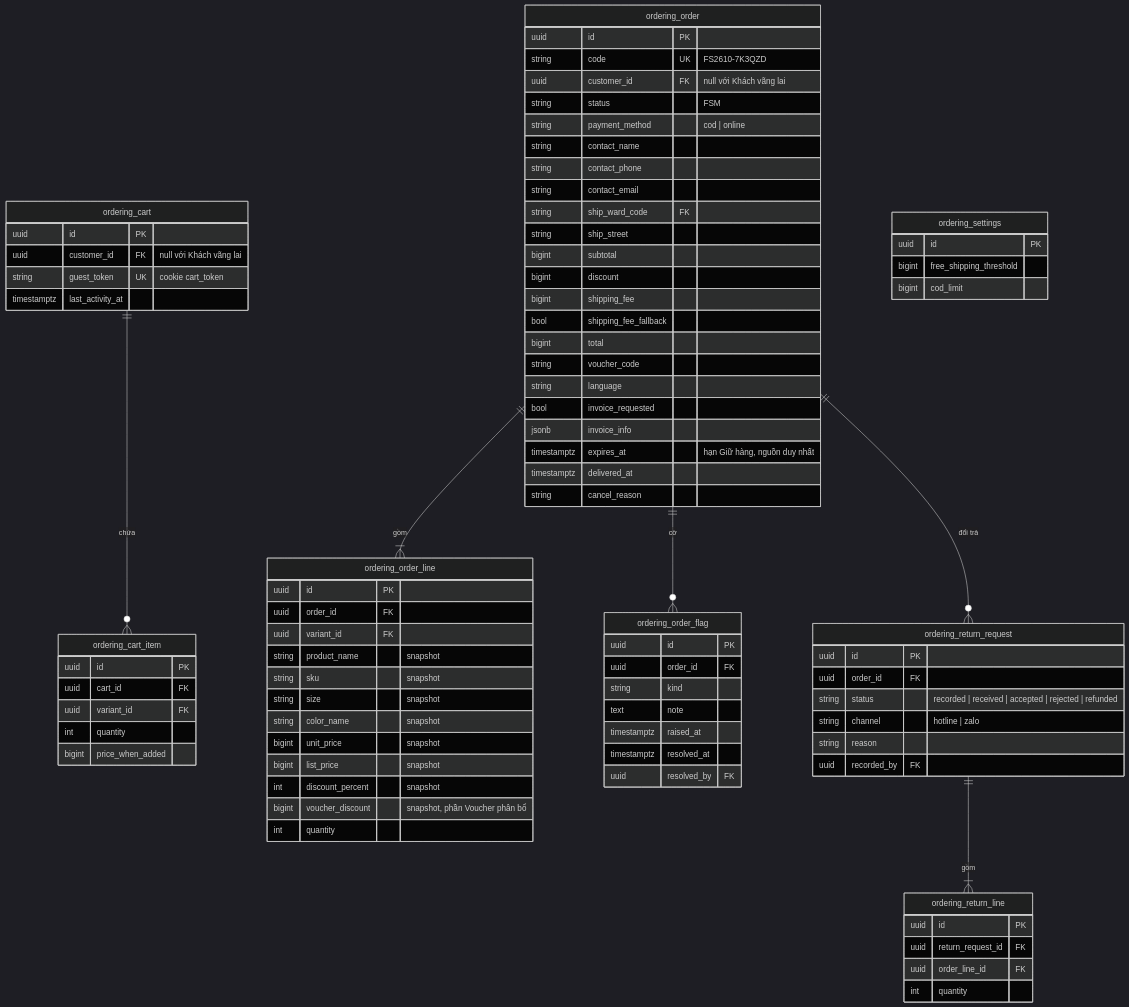
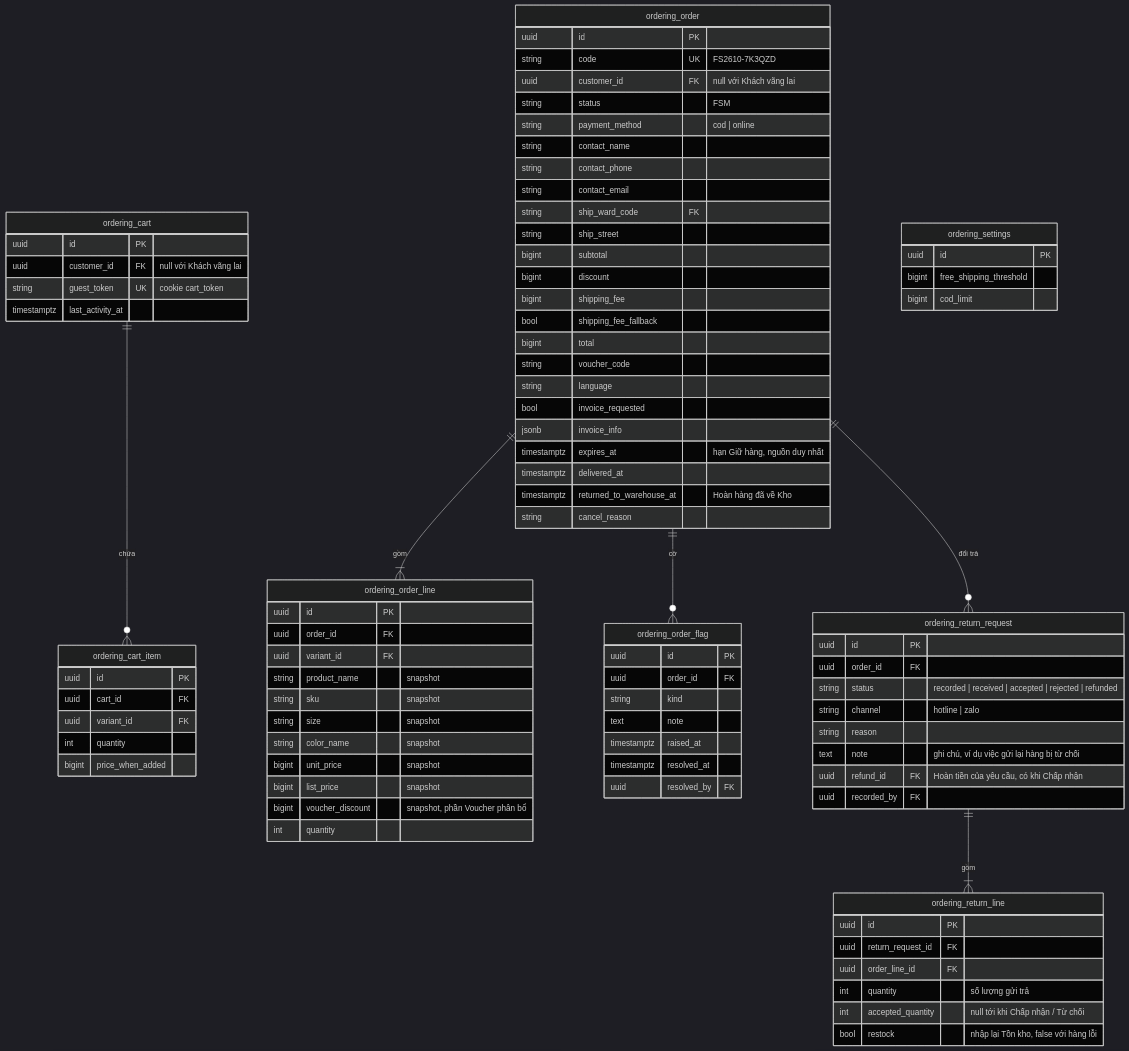
Before and after one commit to LuongCongThanh/boilerplate-ecommerce-next-16: the eighth of 9 diagrams in docs/architecture/03-data-model.md, drawn with Mermaid (dark theme). The commit also changed other lines of this file and 15 other files, not shown here.

````diff
--- a/docs/architecture/03-data-model.md
+++ b/docs/architecture/03-data-model.md
@@ -388,6 +423,7 @@
         jsonb invoice_info
         timestamptz expires_at "hạn Giữ hàng, nguồn duy nhất"
         timestamptz delivered_at
+        timestamptz returned_to_warehouse_at "Hoàn hàng đã về Kho"
         string cancel_reason
     }
     ordering_order_flag {
@@ -414,7 +450,6 @@
         string color_name "snapshot"
         bigint unit_price "snapshot"
         bigint list_price "snapshot"
-        int discount_percent "snapshot"
         bigint voucher_discount "snapshot, phần Voucher phân bổ"
         int quantity
     }
@@ -424,12 +459,16 @@
         string status "recorded | received | accepted | rejected | refunded"
         string channel "hotline | zalo"
         string reason
+        text note "ghi chú, ví dụ việc gửi lại hàng bị từ chối"
+        uuid refund_id FK "Hoàn tiền của yêu cầu, có khi Chấp nhận"
         uuid recorded_by FK
     }
     ordering_return_line {
         uuid id PK
         uuid return_request_id FK
         uuid order_line_id FK
-        int quantity
+        int quantity "số lượng gửi trả"
+        int accepted_quantity "null tới khi Chấp nhận / Từ chối"
+        bool restock "nhập lại Tồn kho, false với hàng lỗi"
     }
 ```
````
